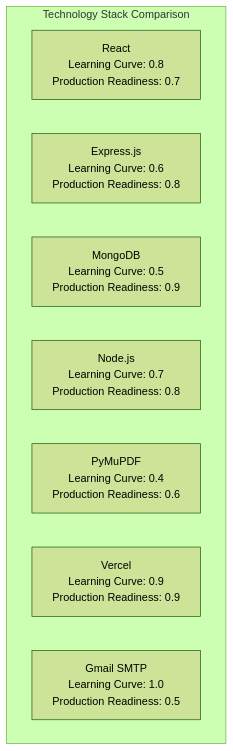
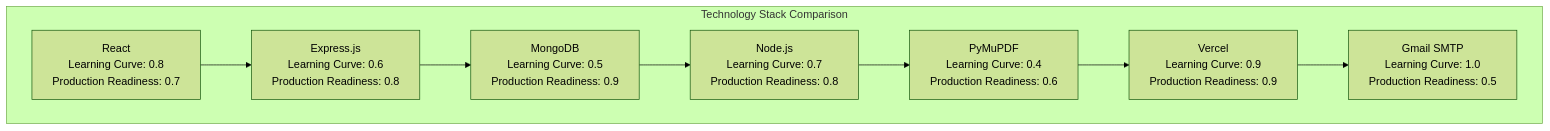
The ninth of 10 diagrams in markdown/logbook_graph/logbook_graph./logbbok_graph.md (MyFGitAccount/MARKDOWN_KK), drawn with Mermaid (forest theme) before and after one commit.

````diff
--- a/markdown/logbook_graph/logbook_graph./logbbok_graph.md
+++ b/markdown/logbook_graph/logbook_graph./logbbok_graph.md
@@ -172,12 +172,19 @@
 ```mermaid
 flowchart TD
     subgraph TechStack["Technology Stack Comparison"]
         React["React\nLearning Curve: 0.8\nProduction Readiness: 0.7"]
         Express["Express.js\nLearning Curve: 0.6\nProduction Readiness: 0.8"]
         MongoDB["MongoDB\nLearning Curve: 0.5\nProduction Readiness: 0.9"]
         Node["Node.js\nLearning Curve: 0.7\nProduction Readiness: 0.8"]
         PyMuPDF["PyMuPDF\nLearning Curve: 0.4\nProduction Readiness: 0.6"]
         Vercel["Vercel\nLearning Curve: 0.9\nProduction Readiness: 0.9"]
         Gmail["Gmail SMTP\nLearning Curve: 1.0\nProduction Readiness: 0.5"]
     end
+
+    React --> Express
+    Express --> MongoDB
+    MongoDB --> Node
+    Node --> PyMuPDF
+    PyMuPDF --> Vercel
+    Vercel --> Gmail
 ```
````
